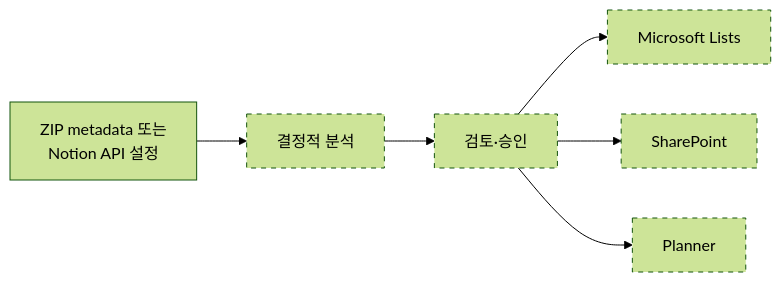
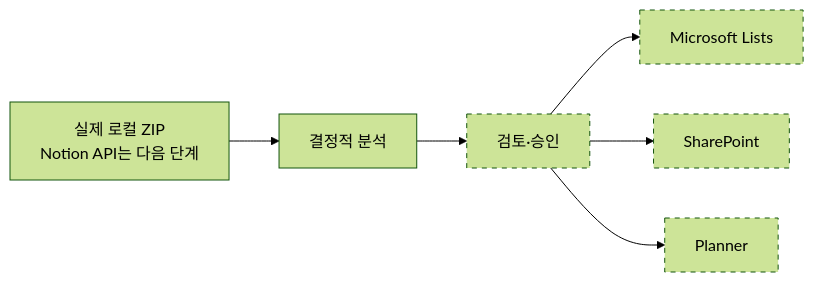
The second of 2 diagrams in README.md (t-hajongkim/test), drawn with Mermaid (forest theme) before and after one commit. The commit also changed other lines of this file and 26 other files, not shown here.

````diff
--- a/README.md
+++ b/README.md
@@ -90,10 +96,10 @@
 ```mermaid
 flowchart LR
-    Source["ZIP metadata 또는<br/>Notion API 설정"] --> Analyze["결정적 분석"]
+    Source["실제 로컬 ZIP<br/>Notion API는 다음 단계"] --> Analyze["결정적 분석"]
     Analyze --> Review["검토·승인"]
     Review --> Lists["Microsoft Lists"]
     Review --> SharePoint["SharePoint"]
     Review --> Planner["Planner"]
     classDef future stroke-dasharray: 5 5
-    class Analyze,Review,Lists,SharePoint,Planner future
+    class Review,Lists,SharePoint,Planner future
 ```
````
